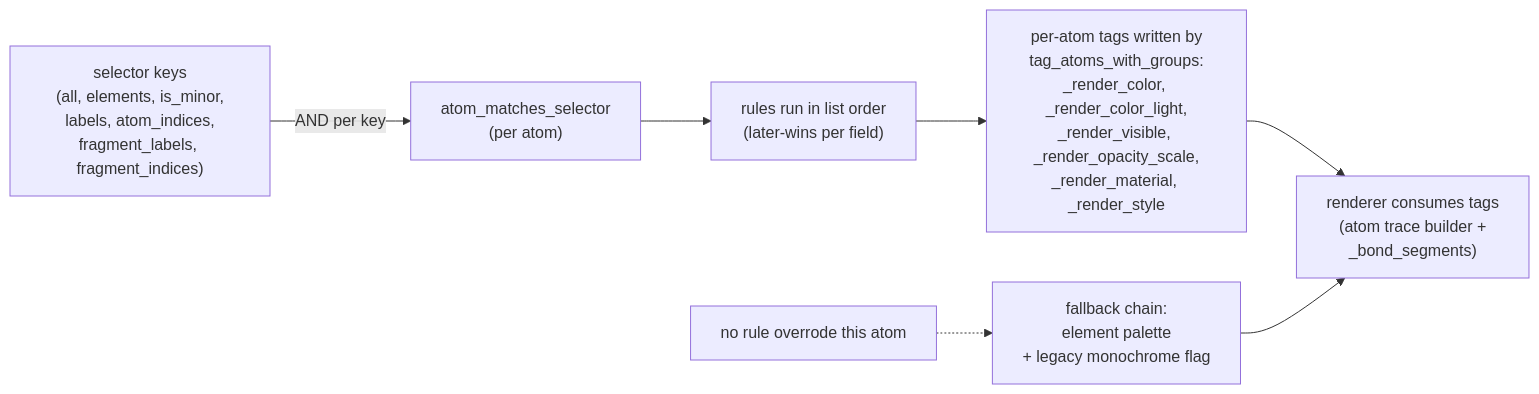
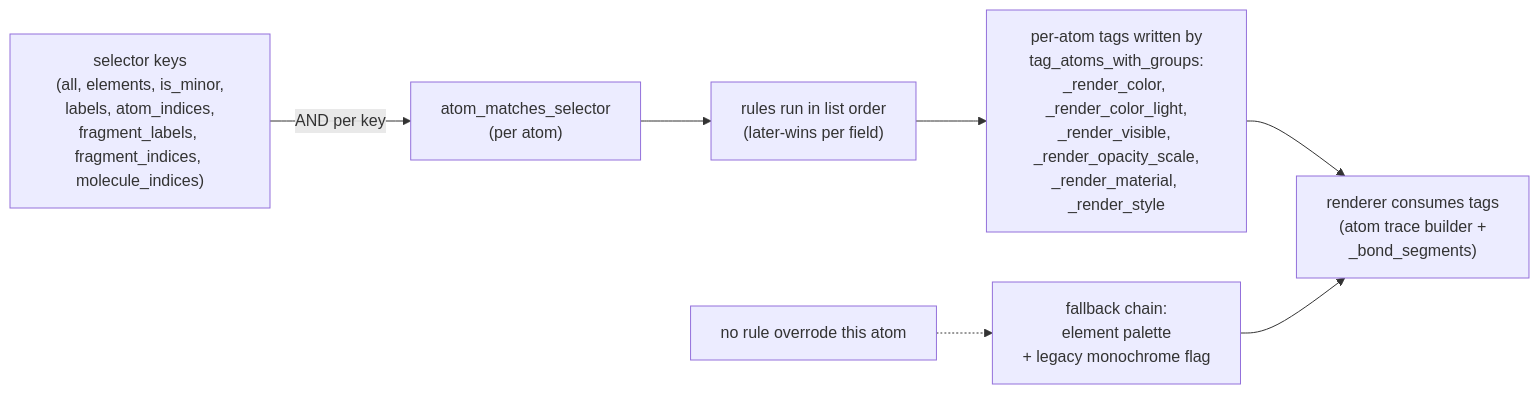
One commit to SchrodingersCattt/MatterVis changed the first of 2 diagrams in docs/agents/atom_groups_api.md. Above: the diagram before and after it, drawn with Mermaid. The commit also changed other lines of this file and 23 other files, not shown here.

````diff
--- a/docs/agents/atom_groups_api.md
+++ b/docs/agents/atom_groups_api.md
@@ -74,9 +76,9 @@
 ```mermaid
 flowchart LR
-  S["selector keys<br/>(all, elements, is_minor,<br/>labels, atom_indices,<br/>fragment_labels, fragment_indices)"] -->|AND per key| M["atom_matches_selector<br/>(per atom)"]
+  S["selector keys<br/>(all, elements, is_minor,<br/>labels, atom_indices,<br/>fragment_labels, fragment_indices, molecule_indices)"] -->|AND per key| M["atom_matches_selector<br/>(per atom)"]
   M --> R["rules run in list order<br/>(later-wins per field)"]
   R --> T["per-atom tags written by<br/>tag_atoms_with_groups:<br/>_render_color, _render_color_light,<br/>_render_visible, _render_opacity_scale,<br/>_render_material, _render_style"]
   N["no rule overrode this atom"] -.-> F["fallback chain:<br/>element palette<br/>+ legacy monochrome flag"]
   T --> C["renderer consumes tags<br/>(atom trace builder +<br/>_bond_segments)"]
   F --> C
 ```
````
